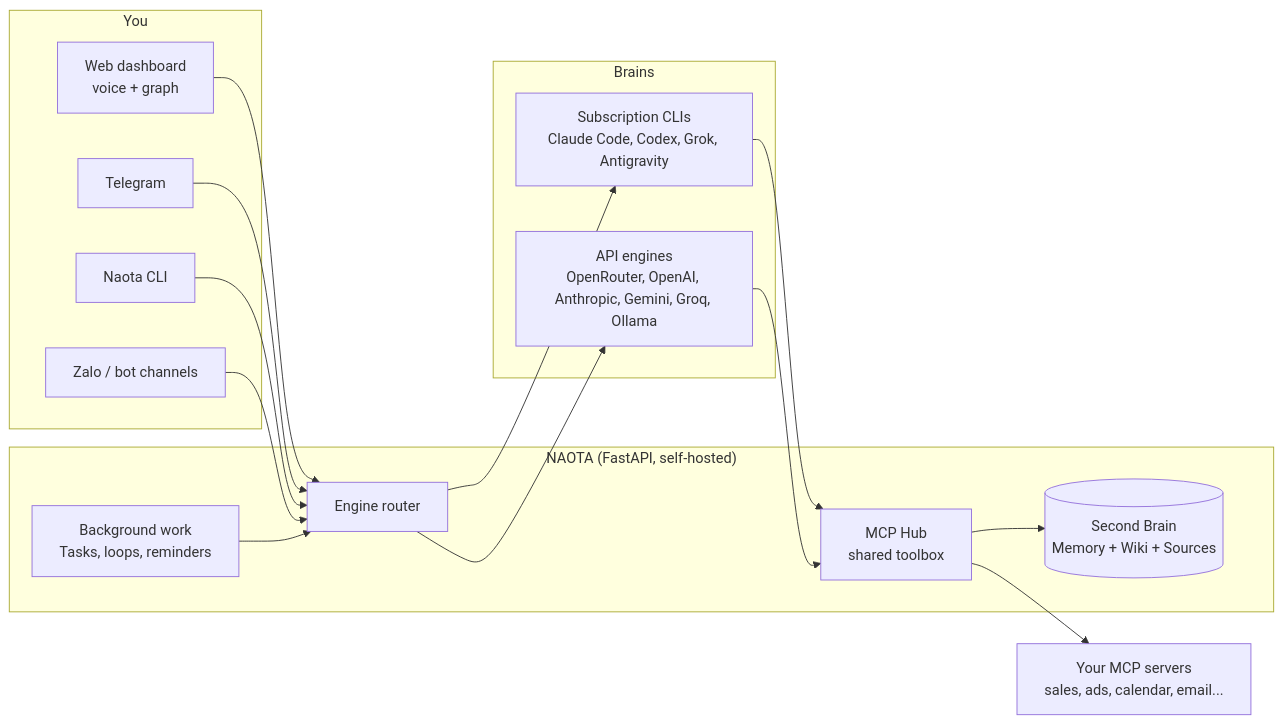
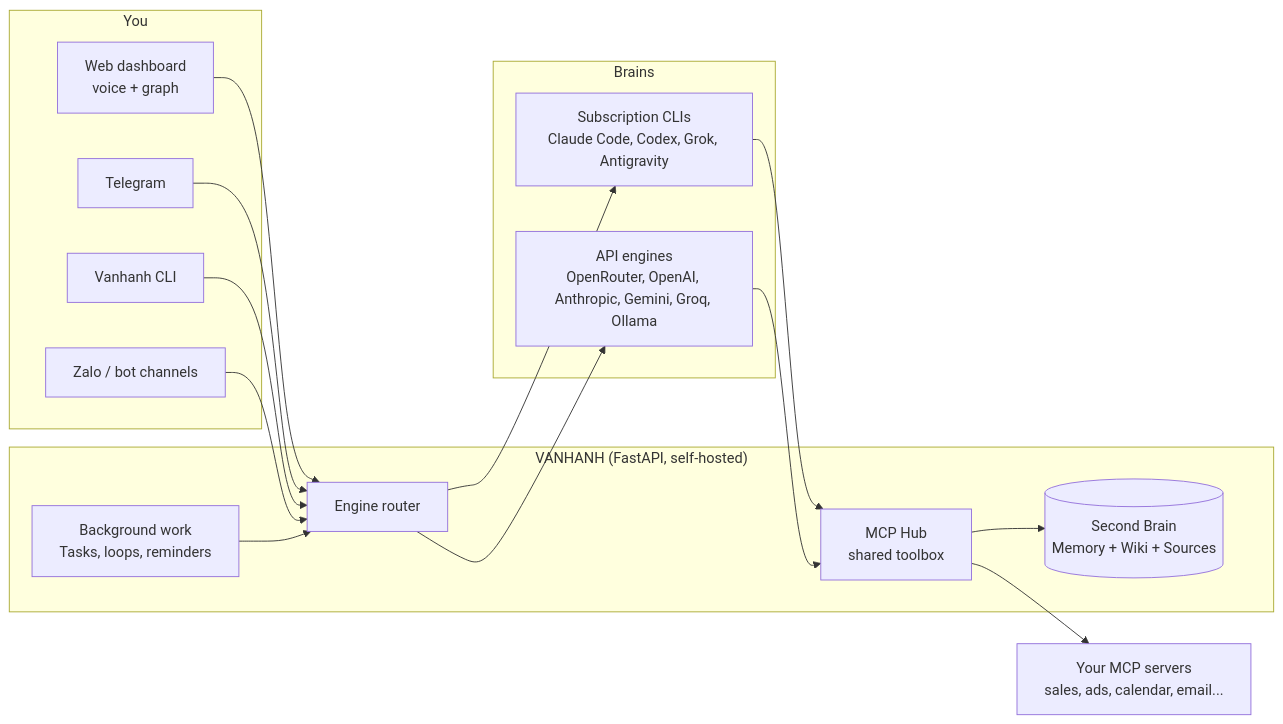
One commit to lequydailb-dotcom/naoso changed the diagram in docs/i18n/de/README.md. Above: the diagram before and after it, drawn with Mermaid. The commit also changed other lines of this file and 1757 other files, not shown here.

First line of the commit message:
Đổi tên NAOTA thành VANHANH, tác giả Đại Lê (lequydai.com), nguồn lequydailb-dotcom/vanhanh

````diff
--- a/docs/i18n/de/README.md
+++ b/docs/i18n/de/README.md
@@ -200,25 +200,25 @@
 ```mermaid
 flowchart LR
     subgraph You
         W[Web dashboard<br>voice + graph]
         T[Telegram]
-        C[Naota CLI]
+        C[Vanhanh CLI]
         Z[Zalo / bot channels]
     end
-    subgraph Naota["NAOTA (FastAPI, self-hosted)"]
+    subgraph Vanhanh["VANHANH (FastAPI, self-hosted)"]
         R[Engine router]
         H[MCP Hub<br>shared toolbox]
         B[(Second Brain<br>Memory + Wiki + Sources)]
         Q[Background work<br>Tasks, loops, reminders]
     end
     subgraph Brains
         S[Subscription CLIs<br>Claude Code, Codex, Grok, Antigravity]
         A[API engines<br>OpenRouter, OpenAI, Anthropic, Gemini, Groq, Ollama]
     end
     W & T & C & Z --> R
     R --> S & A
     S & A --> H
     H --> B
     H --> M[Your MCP servers<br>sales, ads, calendar, email...]
     Q --> R
 ```
````
